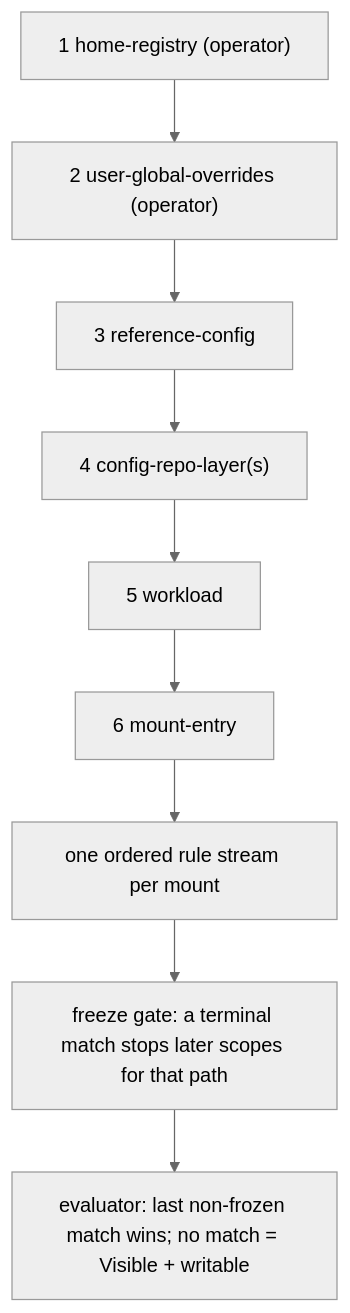
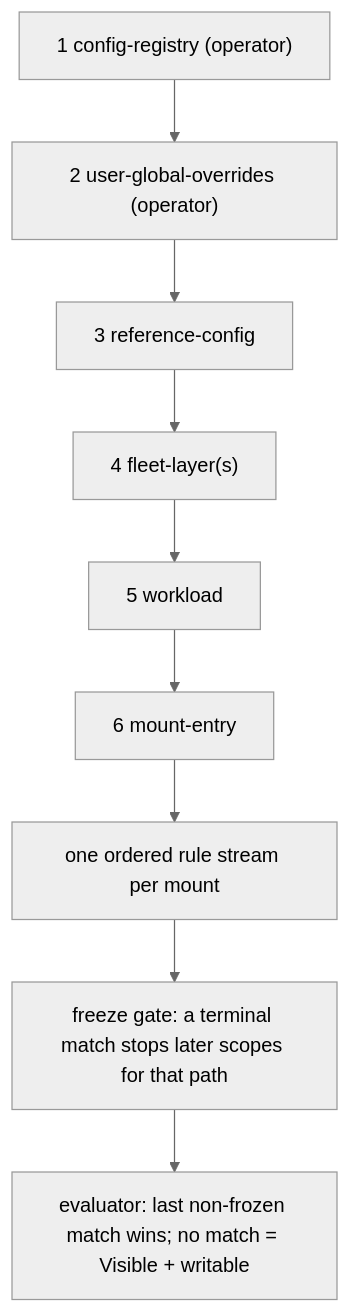
The diagram in docs/mount-policy/03-hierarchy-and-precedence.md (rybskiworks/workestrate), drawn with Mermaid (neutral theme) before and after one commit. The commit also changed other lines of this file and 166 other files, not shown here.

````diff
--- a/docs/mount-policy/03-hierarchy-and-precedence.md
+++ b/docs/mount-policy/03-hierarchy-and-precedence.md
@@ -46,13 +46,13 @@
 ```mermaid
 flowchart TD
-    S1["1 home-registry (operator)"]
+    S1["1 config-registry (operator)"]
     S2["2 user-global-overrides (operator)"]
     S3["3 reference-config"]
-    S4["4 config-repo-layer(s)"]
+    S4["4 fleet-layer(s)"]
     S5["5 workload"]
     S6["6 mount-entry"]
     STREAM["one ordered rule stream per mount"]
     FREEZE["freeze gate: a terminal match stops later scopes for that path"]
     EVAL["evaluator: last non-frozen match wins; no match = Visible + writable"]
     S1 --> S2 --> S3 --> S4 --> S5 --> S6 --> STREAM --> FREEZE --> EVAL
 ```
````
